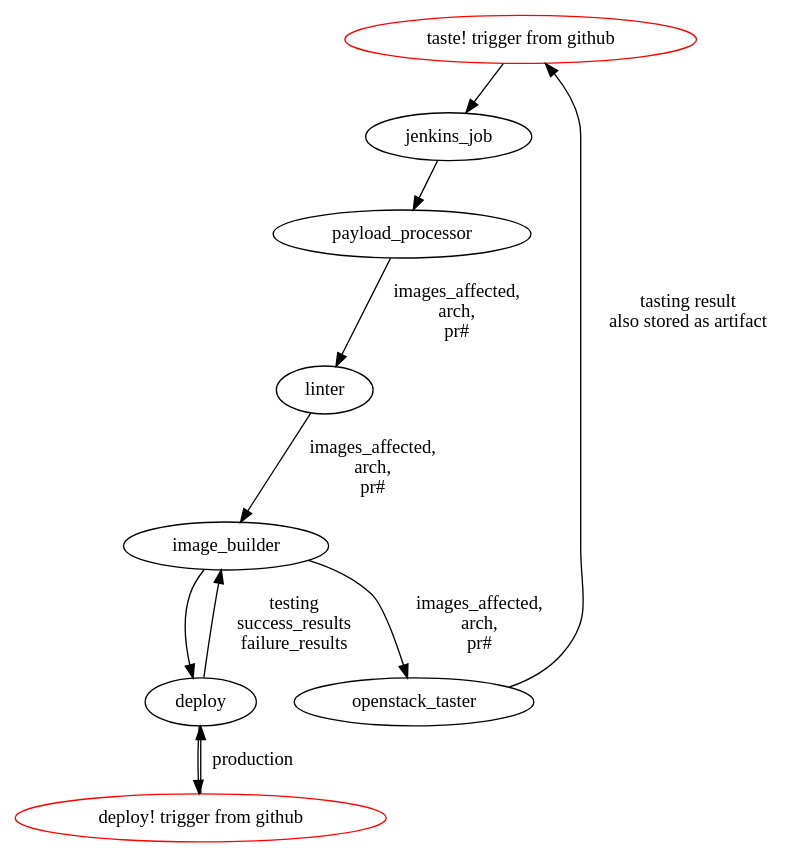
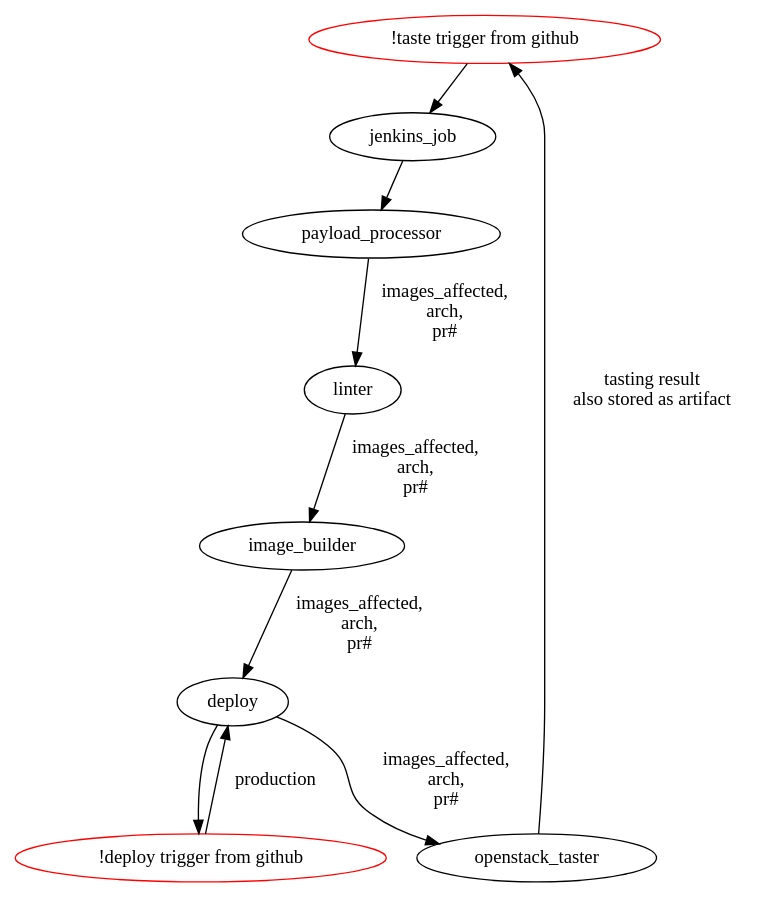
One commit to osuosl/packer-templates changed the diagram in bento_usage.dot. Above: the diagram before and after it, drawn with Graphviz. The commit also changed 1 other file, not shown here.

Commit message:
Fixing relation between deploy & openstack_taster in flow diagram
Also renaming !taste and !deploy aptly

```diff
--- a/bento_usage.dot
+++ b/bento_usage.dot
@@ -1,29 +1,27 @@
 digraph {
-  "taste! trigger from github" -> "jenkins_job";
+  "!taste trigger from github" -> "jenkins_job";
   
   "jenkins_job" -> "payload_processor";
   
   edge [label="images_affected,\n arch,\n pr#"]
   "payload_processor" ->  "linter";
    
   "linter" -> "image_builder" ;
 
-  "image_builder" -> "openstack_taster"; 
+  "image_builder" -> "deploy" -> "openstack_taster";
 
   edge [label="tasting result\n also stored as artifact"];
-  "openstack_taster" -> "taste! trigger from github";
+  "openstack_taster" -> "!taste trigger from github";
   
-  edge [label=""];
-  "image_builder" -> "deploy"
-  
-  edge [label="testing\n success_results\n failure_results"];
-  "deploy" -> "image_builder"
+  //edge [label="testing\n success_results\n failure_results"];
+  //"deploy" -> "image_builder"
   
   edge [label=production];
-  "deploy! trigger from github" -> "deploy";
+  "!deploy trigger from github" -> "deploy";
   edge [label=""];
-  "deploy" -> "deploy! trigger from github";
+  "deploy" -> "!deploy trigger from github";
 
-  "taste! trigger from github" [color=red];
-  "deploy! trigger from github" [color=red];
+  "!taste trigger from github" [color=red];
+  "!deploy trigger from github" [color=red];
+  "deploy" [tooltip="stores results as artifacts for reuse"];
 }
```
